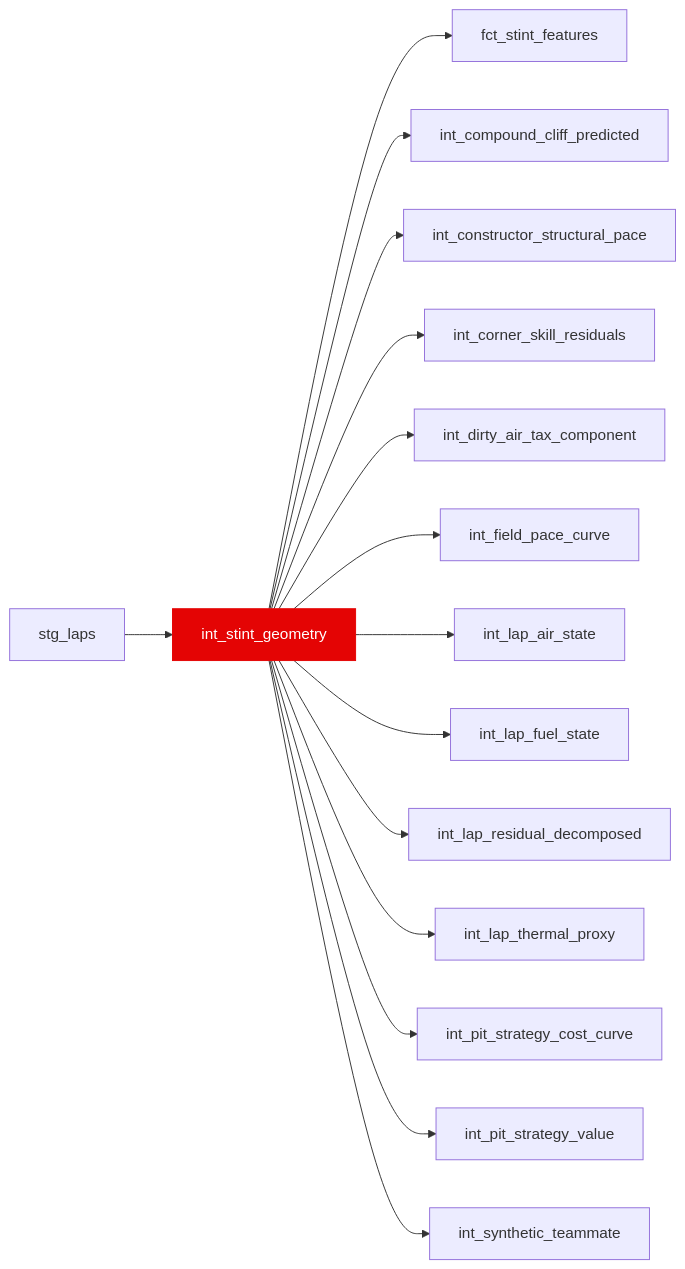
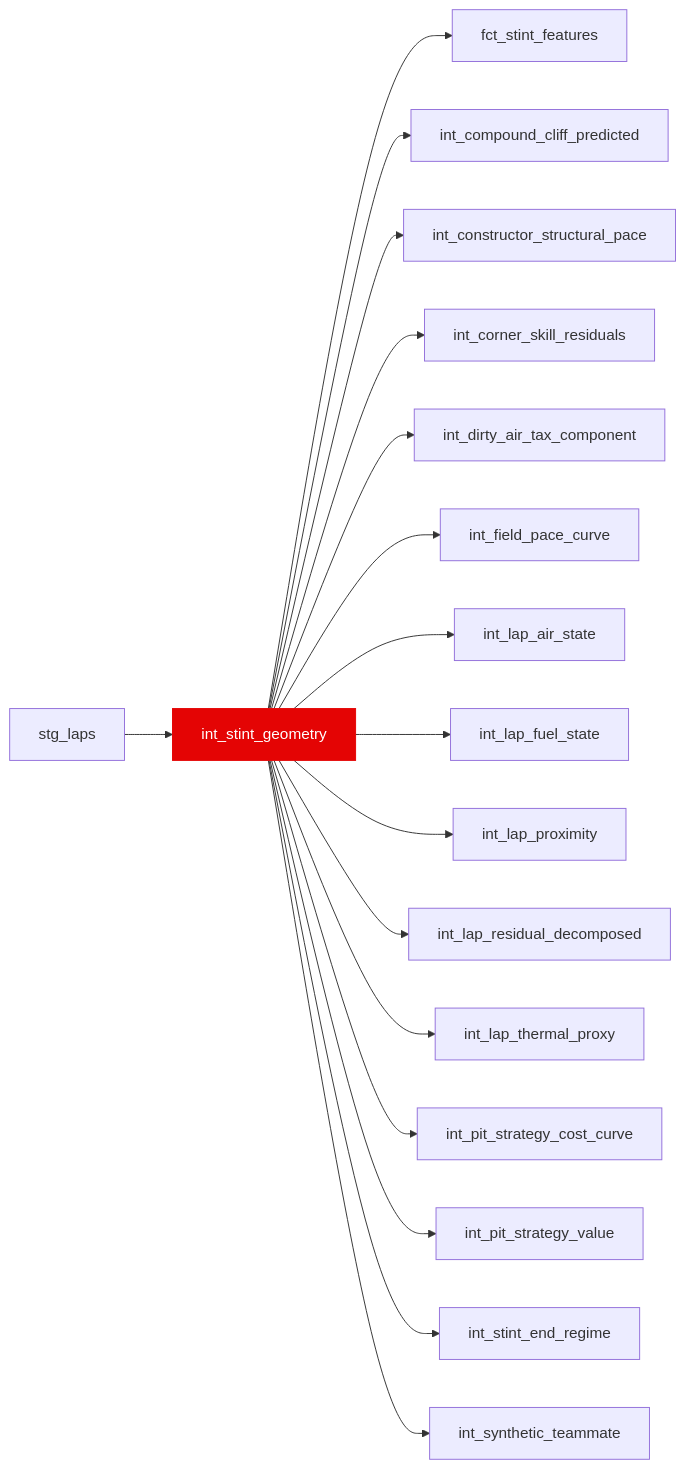
Before and after one commit to JustinClarke/off-the-pace: the diagram in docs/reference/models/int/int_stint_geometry.mdx, drawn with Mermaid. The commit also changed other lines of this file and 91 other files, not shown here.

````diff
--- a/docs/reference/models/int/int_stint_geometry.mdx
+++ b/docs/reference/models/int/int_stint_geometry.mdx
@@ -15,18 +15,20 @@
 ```mermaid
 flowchart LR
   stg_laps --> int_stint_geometry
   int_stint_geometry --> fct_stint_features
   int_stint_geometry --> int_compound_cliff_predicted
   int_stint_geometry --> int_constructor_structural_pace
   int_stint_geometry --> int_corner_skill_residuals
   int_stint_geometry --> int_dirty_air_tax_component
   int_stint_geometry --> int_field_pace_curve
   int_stint_geometry --> int_lap_air_state
   int_stint_geometry --> int_lap_fuel_state
+  int_stint_geometry --> int_lap_proximity
   int_stint_geometry --> int_lap_residual_decomposed
   int_stint_geometry --> int_lap_thermal_proxy
   int_stint_geometry --> int_pit_strategy_cost_curve
   int_stint_geometry --> int_pit_strategy_value
+  int_stint_geometry --> int_stint_end_regime
   int_stint_geometry --> int_synthetic_teammate
   style int_stint_geometry fill:#e40404,stroke:#e40404,color:#fff
 ```
````
